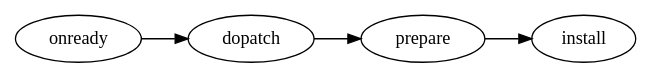
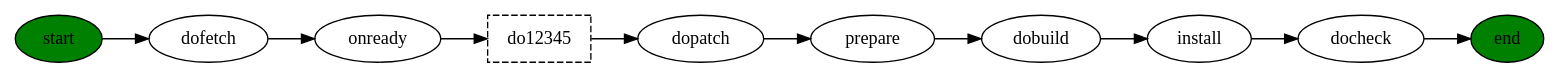
Before and after one commit to leleliu008/ppkg: the diagram in phases.dot, drawn with Graphviz. The commit also changed 3 other files, not shown here.

```diff
--- a/phases.dot
+++ b/phases.dot
@@ -1,4 +1,7 @@
-digraph G {
+digraph {
     rankdir="LR"
-    onready -> dopatch -> prepare -> install
+    start -> dofetch -> onready -> do12345 -> dopatch -> prepare -> dobuild -> install -> docheck -> end
+    do12345 [shape="box"; style="dashed"];
+    start [fillcolor="green";style=filled]
+    end [fillcolor="green";style=filled]
 }
```
